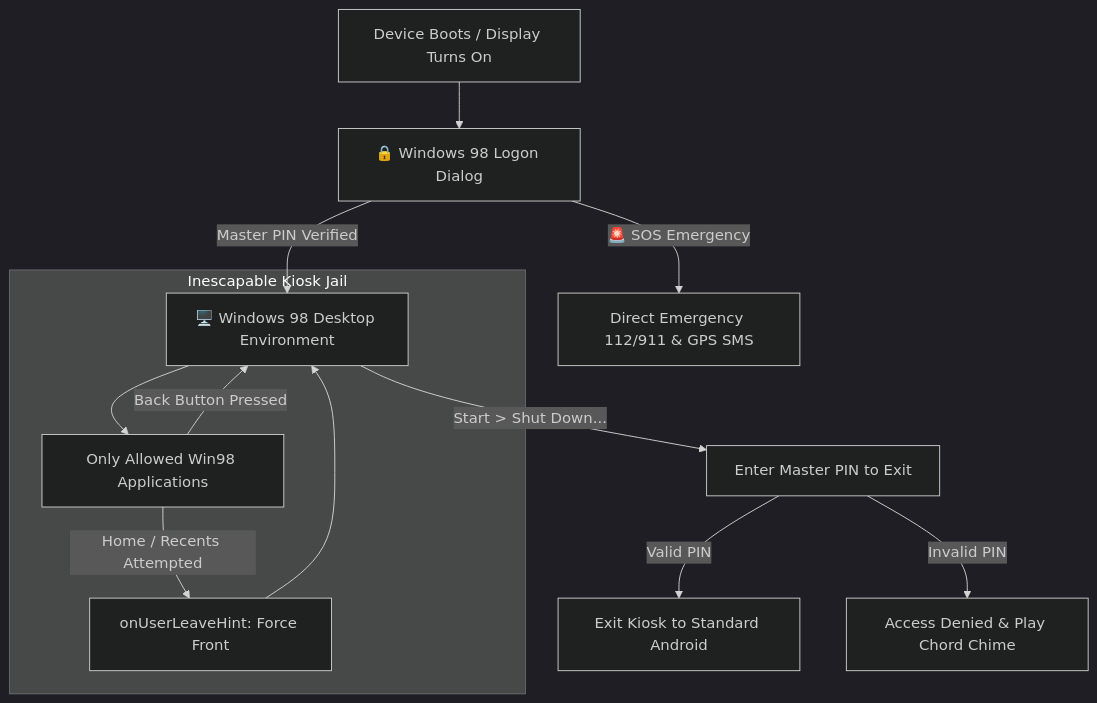
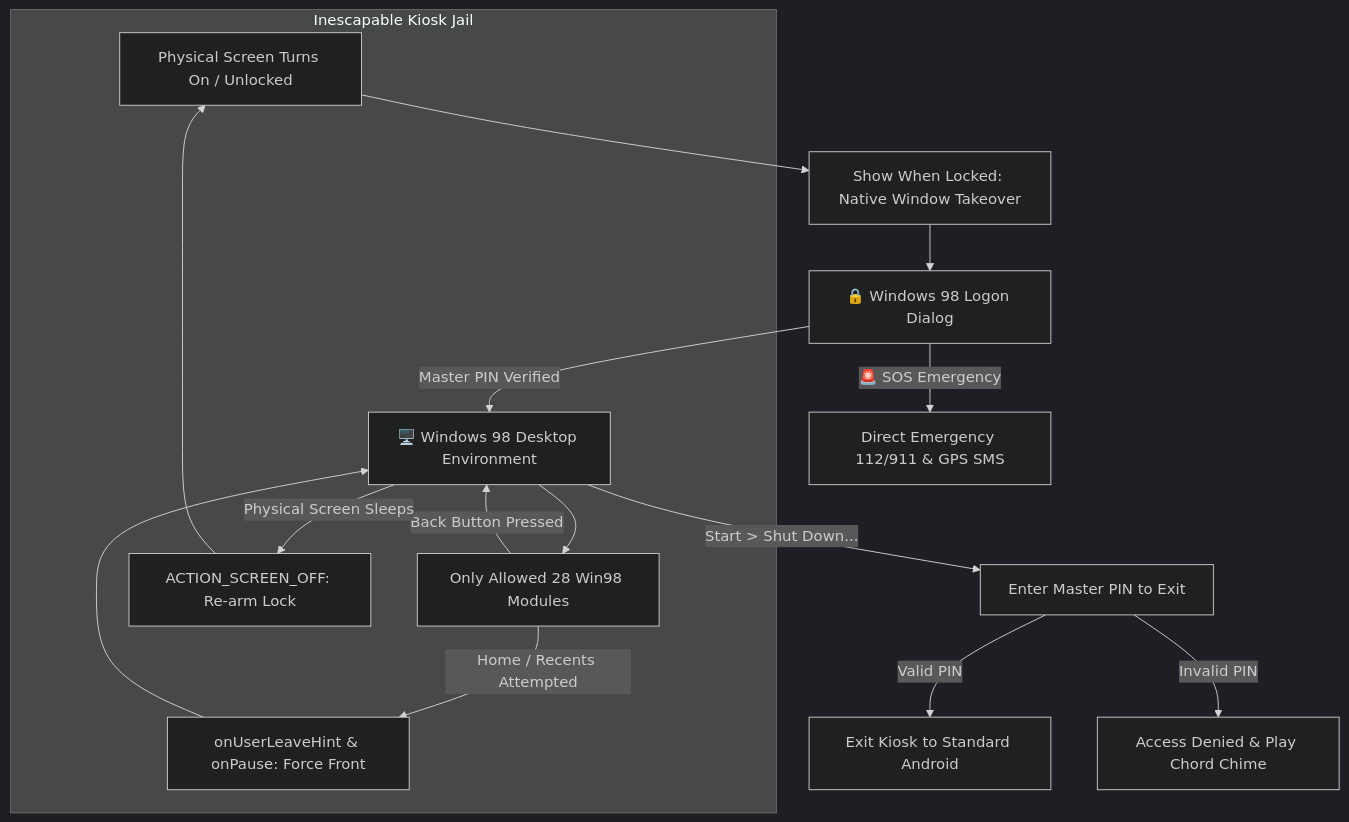
One commit to cerogamedev/IdiotPhone changed the diagram in README.md. Above: the diagram before and after it, drawn with Mermaid (dark theme). The commit also changed other lines of this file and 19 other files, not shown here.

Commit message:
feat(v1.3.0): complete iron lock takeover, whatsapp conversations overhaul, contacts sync & 3 endless retro games

````diff
--- a/README.md
+++ b/README.md
@@ -110,17 +113,20 @@
 ```mermaid
 flowchart TD
-    PowerOn[Device Boots / Display Turns On] --> LockScreen[🔒 Windows 98 Logon Dialog]
+    PowerOn[Physical Screen Turns On / Unlocked] --> OverKeyguard[Show When Locked: Native Window Takeover]
+    OverKeyguard --> LockScreen[🔒 Windows 98 Logon Dialog]
     LockScreen -- Master PIN Verified --> Desktop[🖥️ Windows 98 Desktop Environment]
     LockScreen -- "🚨 SOS Emergency" --> SOS[Direct Emergency 112/911 & GPS SMS]
     
     subgraph Inescapable Kiosk Jail
-        Desktop --> Apps[Only Allowed Win98 Applications]
+        Desktop --> Apps[Only Allowed 28 Win98 Modules]
         Apps -- Back Button Pressed --> Desktop
-        Apps -- Home / Recents Attempted --> AutoRecapture[onUserLeaveHint: Force Front]
+        Apps -- Home / Recents Attempted --> AutoRecapture[onUserLeaveHint & onPause: Force Front]
         AutoRecapture --> Desktop
+        Desktop -- Physical Screen Sleeps --> ScreenOff[ACTION_SCREEN_OFF: Re-arm Lock]
+        ScreenOff --> PowerOn
     end
     
     Desktop -- Start > Shut Down... --> ShutdownPrompt[Enter Master PIN to Exit]
     ShutdownPrompt -- Valid PIN --> ExitAndroid[Exit Kiosk to Standard Android]
     ShutdownPrompt -- Invalid PIN --> AccessDenied[Access Denied & Play Chord Chime]
 ```
````
